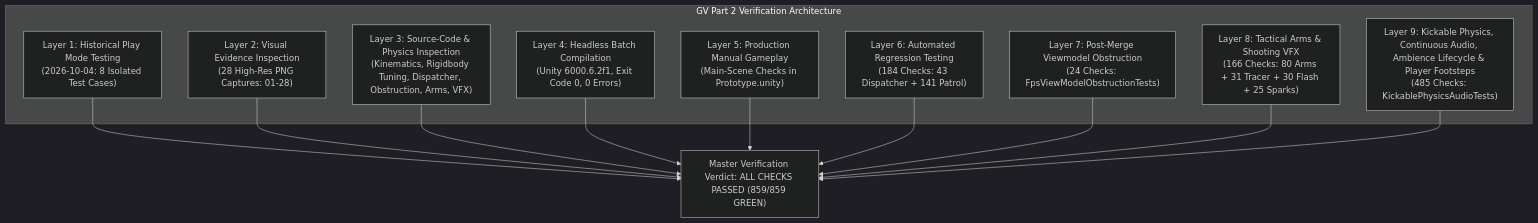
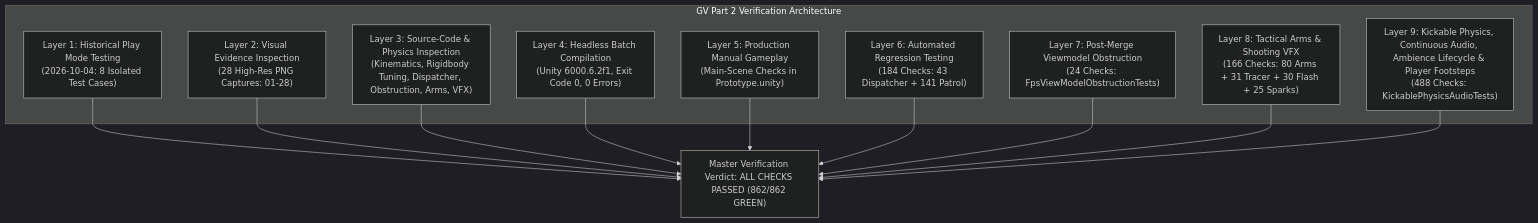
Before and after one commit to Kunchana-Wijesinghe/Interactive-3D-Shooting-Game-GV-IS: the diagram in docs/individual/IT24102587_GV_Part2_Verification_Log.md, drawn with Mermaid (dark theme). The commit also changed other lines of this file and 2 other files, not shown here.

Commit message:
docs(gv): record 862-check green batch verification across all 11 test suites

````diff
--- a/docs/individual/IT24102587_GV_Part2_Verification_Log.md
+++ b/docs/individual/IT24102587_GV_Part2_Verification_Log.md
@@ -40,23 +40,23 @@
 ```mermaid
 graph TD
     subgraph Verification_Layers["GV Part 2 Verification Architecture"]
         L1["Layer 1: Historical Play Mode Testing<br/>(2026-10-04: 8 Isolated Test Cases)"]
         L2["Layer 2: Visual Evidence Inspection<br/>(28 High-Res PNG Captures: 01-28)"]
         L3["Layer 3: Source-Code & Physics Inspection<br/>(Kinematics, Rigidbody Tuning, Dispatcher, Obstruction, Arms, VFX)"]
         L4["Layer 4: Headless Batch Compilation<br/>(Unity 6000.6.2f1, Exit Code 0, 0 Errors)"]
         L5["Layer 5: Production Manual Gameplay<br/>(Main-Scene Checks in Prototype.unity)"]
         L6["Layer 6: Automated Regression Testing<br/>(184 Checks: 43 Dispatcher + 141 Patrol)"]
         L7["Layer 7: Post-Merge Viewmodel Obstruction<br/>(24 Checks: FpsViewModelObstructionTests)"]
         L8["Layer 8: Tactical Arms & Shooting VFX<br/>(166 Checks: 80 Arms + 31 Tracer + 30 Flash + 25 Sparks)"]
-        L9["Layer 9: Kickable Physics, Continuous Audio, Ambience Lifecycle & Player Footsteps<br/>(485 Checks: KickablePhysicsAudioTests)"]
+        L9["Layer 9: Kickable Physics, Continuous Audio, Ambience Lifecycle & Player Footsteps<br/>(488 Checks: KickablePhysicsAudioTests)"]
     end
-    L1 --> MasterReport["Master Verification Verdict: ALL CHECKS PASSED (859/859 GREEN)"]
+    L1 --> MasterReport["Master Verification Verdict: ALL CHECKS PASSED (862/862 GREEN)"]
     L2 --> MasterReport
     L3 --> MasterReport
     L4 --> MasterReport
     L5 --> MasterReport
     L6 --> MasterReport
     L7 --> MasterReport
     L8 --> MasterReport
     L9 --> MasterReport
 ```
````
